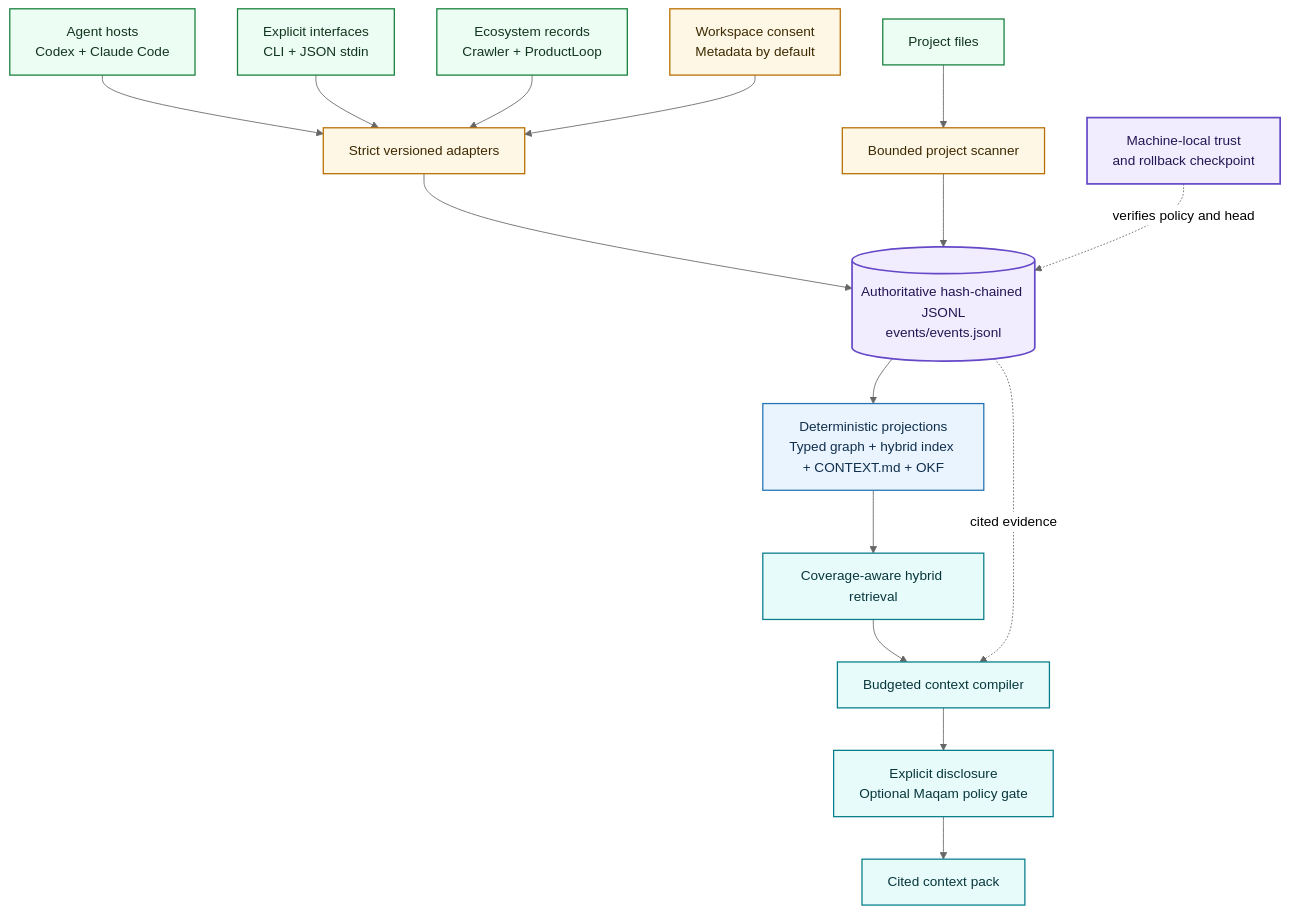
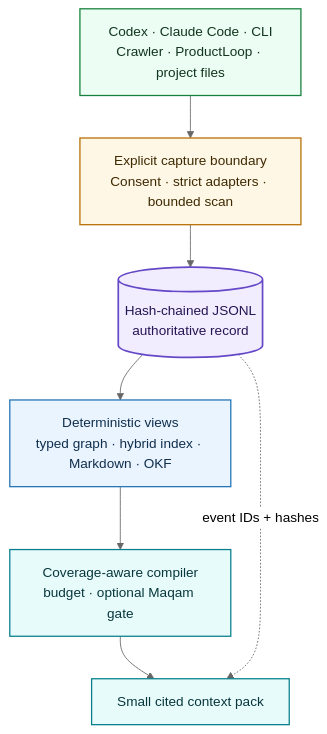
The diagram in README.md (AjnasNB/qarinah), drawn with Mermaid (neutral theme) before and after one commit. The commit also changed other lines of this file and 6 other files, not shown here.

````diff
--- a/README.md
+++ b/README.md
@@ -58,44 +59,24 @@
 ```mermaid
 flowchart TD
-  hosts["Agent hosts<br/>Codex + Claude Code"]
-  interfaces["Explicit interfaces<br/>CLI + JSON stdin"]
-  ecosystem["Ecosystem records<br/>Crawler + ProductLoop"]
-  workspace["Project files"]
+  inputs["Codex · Claude Code · CLI<br/>Crawler · ProductLoop · project files"]
+  boundary["Explicit capture boundary<br/>Consent · strict adapters · bounded scan"]
+  ledger[("Hash-chained JSONL<br/>authoritative record")]
+  views["Deterministic views<br/>typed graph · hybrid index · Markdown · OKF"]
+  compiler["Coverage-aware compiler<br/>budget · optional Maqam gate"]
+  pack["Small cited context pack"]
 
-  consent["Workspace consent<br/>Metadata by default"]
-  adapters["Strict versioned adapters"]
-  scanner["Bounded project scanner"]
-
-  trust["Machine-local trust<br/>and rollback checkpoint"]
-  ledger[("Authoritative hash-chained JSONL<br/>events/events.jsonl")]
-
-  projections["Deterministic projections<br/>Typed graph + hybrid index + CONTEXT.md + OKF"]
-  retrieve["Coverage-aware hybrid retrieval"]
-  compiler["Budgeted context compiler"]
-  gate["Explicit disclosure<br/>Optional Maqam policy gate"]
-  pack["Cited context pack"]
-
-  hosts --> adapters
-  interfaces --> adapters
-  ecosystem --> adapters
-  consent --> adapters
-  workspace --> scanner
-  adapters --> ledger
-  scanner --> ledger
-  trust -. verifies policy and head .-> ledger
-  ledger --> projections --> retrieve --> compiler
-  ledger -. cited evidence .-> compiler
-  compiler --> gate --> pack
+  inputs --> boundary --> ledger --> views --> compiler --> pack
+  ledger -. event IDs + hashes .-> pack
 
   classDef input fill:#ecfdf3,stroke:#16803c,color:#12351f,stroke-width:1.5px;
   classDef boundaryNode fill:#fff7e6,stroke:#b76e00,color:#3d2a00,stroke-width:1.5px;
   classDef authorityNode fill:#f1edff,stroke:#6548c7,color:#241653,stroke-width:2px;
   classDef projectionNode fill:#eaf4ff,stroke:#2474b5,color:#102f4c,stroke-width:1.5px;
   classDef disclosureNode fill:#e8fbfb,stroke:#087f8c,color:#07373c,stroke-width:1.5px;
 
-  class hosts,interfaces,ecosystem,workspace input;
-  class consent,adapters,scanner boundaryNode;
-  class trust,ledger authorityNode;
-  class projections projectionNode;
-  class retrieve,compiler,gate,pack disclosureNode;
+  class inputs input;
+  class boundary boundaryNode;
+  class ledger authorityNode;
+  class views projectionNode;
+  class compiler,pack disclosureNode;
 ```
````
